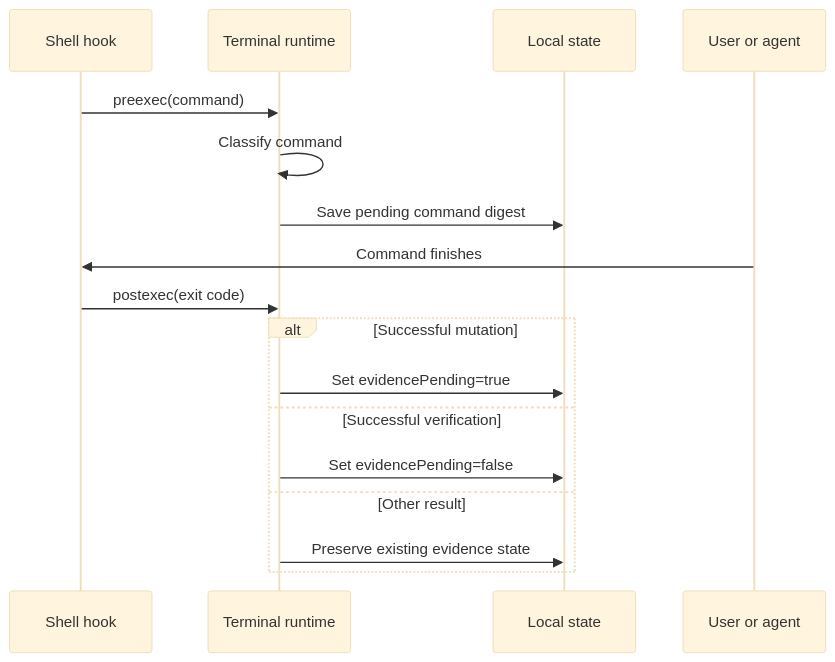
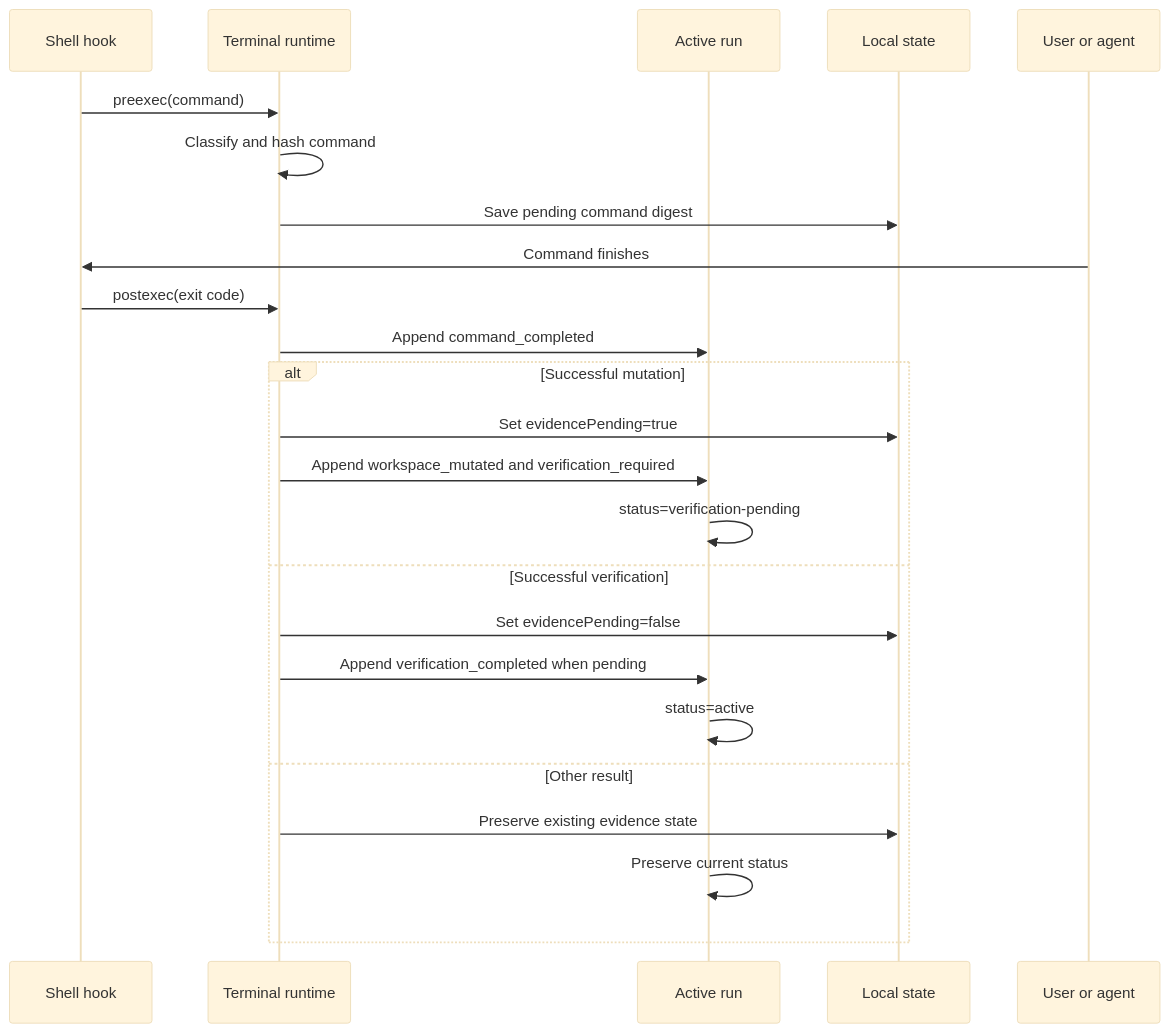
The fifth of 5 diagrams in docs/ARCHITECTURE.md (imMamdouhaboammar/riqor), drawn with Mermaid (base theme) before and after one commit. The commit also changed other lines of this file, not shown here.

Commit message:
docs: describe assured run trace architecture

````diff
--- a/docs/ARCHITECTURE.md
+++ b/docs/ARCHITECTURE.md
@@ -140,20 +214,27 @@
 ```mermaid
 sequenceDiagram
     participant SH as Shell hook
     participant TR as Terminal runtime
+    participant RR as Active run
     participant ST as Local state
     participant U as User or agent
 
     SH->>TR: preexec(command)
-    TR->>TR: Classify command
+    TR->>TR: Classify and hash command
     TR->>ST: Save pending command digest
     U->>SH: Command finishes
     SH->>TR: postexec(exit code)
+    TR->>RR: Append command_completed
     alt Successful mutation
         TR->>ST: Set evidencePending=true
+        TR->>RR: Append workspace_mutated and verification_required
+        RR->>RR: status=verification-pending
     else Successful verification
         TR->>ST: Set evidencePending=false
+        TR->>RR: Append verification_completed when pending
+        RR->>RR: status=active
     else Other result
         TR->>ST: Preserve existing evidence state
+        RR->>RR: Preserve current status
     end
 ```
````
